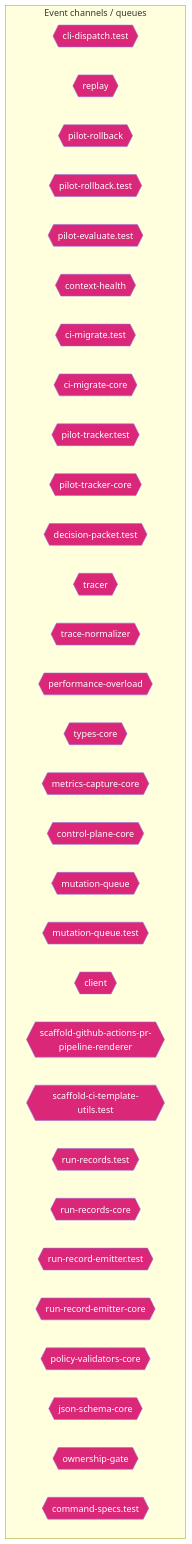
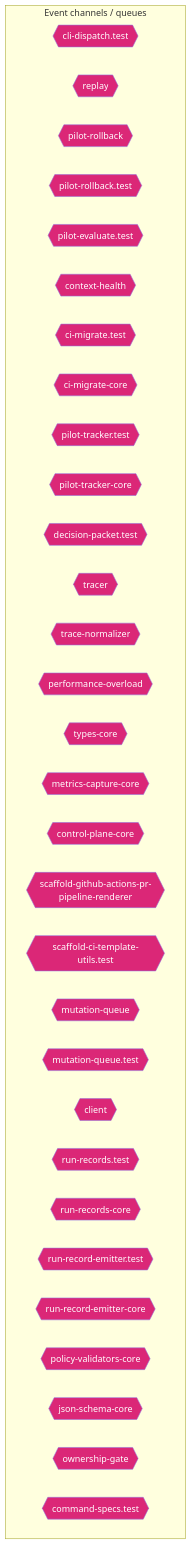
Before and after one commit to jscraik/coding-harness: the ninth of 14 diagrams in AI/context/diagram-context.md, drawn with Mermaid. The commit also changed other lines of this file and 10 other files, not shown here.

````diff
--- a/AI/context/diagram-context.md
+++ b/AI/context/diagram-context.md
@@ -1527,38 +1528,38 @@
 ```mermaid
 flowchart TD
   subgraph Channels["Event channels / queues"]
     cli_dispatch_test_54c9f17b{{"cli-dispatch.test"}}
     replay_ac203c98{{"replay"}}
     pilot_rollback_00c1f82c{{"pilot-rollback"}}
     pilot_rollback_test_e61d5a2b{{"pilot-rollback.test"}}
     pilot_evaluate_test_a2ac06fc{{"pilot-evaluate.test"}}
     context_health_80bb7da9{{"context-health"}}
     ci_migrate_test_2a015bb9{{"ci-migrate.test"}}
     ci_migrate_core_7005b5af{{"ci-migrate-core"}}
     pilot_tracker_test_80398a66{{"pilot-tracker.test"}}
     pilot_tracker_core_80d8ac96{{"pilot-tracker-core"}}
     decision_packet_test_9ea0e97b{{"decision-packet.test"}}
     tracer_1e6243a2{{"tracer"}}
     trace_normalizer_cb1be1d2{{"trace-normalizer"}}
     performance_overload_c685bfcf{{"performance-overload"}}
     types_core_e405ddca{{"types-core"}}
     metrics_capture_core_db4bf7cf{{"metrics-capture-core"}}
     control_plane_core_db3b4cb2{{"control-plane-core"}}
+    scaffold_github_actions_pr_pipeline_renderer_1ee18de5{{"scaffold-github-actions-pr-pipeline-renderer"}}
+    scaffold_ci_template_utils_test_b94825d9{{"scaffold-ci-template-utils.test"}}
     mutation_queue_ce5a530e{{"mutation-queue"}}
     mutation_queue_test_10b599e8{{"mutation-queue.test"}}
     client_1_914e1681{{"client"}}
-    scaffold_github_actions_pr_pipeline_renderer_1ee18de5{{"scaffold-github-actions-pr-pipeline-renderer"}}
-    scaffold_ci_template_utils_test_b94825d9{{"scaffold-ci-template-utils.test"}}
     run_records_test_3ee6a0e3{{"run-records.test"}}
     run_records_core_89286dfa{{"run-records-core"}}
     run_record_emitter_test_5475c0da{{"run-record-emitter.test"}}
     run_record_emitter_core_688049d5{{"run-record-emitter-core"}}
     policy_validators_core_714a3fe7{{"policy-validators-core"}}
     json_schema_core_96d7e328{{"json-schema-core"}}
     ownership_gate_2e194d13{{"ownership-gate"}}
     command_specs_test_7f693e85{{"command-specs.test"}}
   end
   classDef eventNode fill:#db2777,color:#fff
-  class cli_dispatch_test_54c9f17b,replay_ac203c98,pilot_rollback_00c1f82c,pilot_rollback_test_e61d5a2b,pilot_evaluate_test_a2ac06fc,context_health_80bb7da9,ci_migrate_test_2a015bb9,ci_migrate_core_7005b5af,pilot_tracker_test_80398a66,pilot_tracker_core_80d8ac96,decision_packet_test_9ea0e97b,tracer_1e6243a2,trace_normalizer_cb1be1d2,performance_overload_c685bfcf,types_core_e405ddca,metrics_capture_core_db4bf7cf,control_plane_core_db3b4cb2,mutation_queue_ce5a530e,mutation_queue_test_10b599e8,client_1_914e1681,scaffold_github_actions_pr_pipeline_renderer_1ee18de5,scaffold_ci_template_utils_test_b94825d9,run_records_test_3ee6a0e3,run_records_core_89286dfa,run_record_emitter_test_5475c0da,run_record_emitter_core_688049d5,policy_validators_core_714a3fe7,json_schema_core_96d7e328,ownership_gate_2e194d13,command_specs_test_7f693e85 eventNode
+  class cli_dispatch_test_54c9f17b,replay_ac203c98,pilot_rollback_00c1f82c,pilot_rollback_test_e61d5a2b,pilot_evaluate_test_a2ac06fc,context_health_80bb7da9,ci_migrate_test_2a015bb9,ci_migrate_core_7005b5af,pilot_tracker_test_80398a66,pilot_tracker_core_80d8ac96,decision_packet_test_9ea0e97b,tracer_1e6243a2,trace_normalizer_cb1be1d2,performance_overload_c685bfcf,types_core_e405ddca,metrics_capture_core_db4bf7cf,control_plane_core_db3b4cb2,scaffold_github_actions_pr_pipeline_renderer_1ee18de5,scaffold_ci_template_utils_test_b94825d9,mutation_queue_ce5a530e,mutation_queue_test_10b599e8,client_1_914e1681,run_records_test_3ee6a0e3,run_records_core_89286dfa,run_record_emitter_test_5475c0da,run_record_emitter_core_688049d5,policy_validators_core_714a3fe7,json_schema_core_96d7e328,ownership_gate_2e194d13,command_specs_test_7f693e85 eventNode
 
 ```
````
